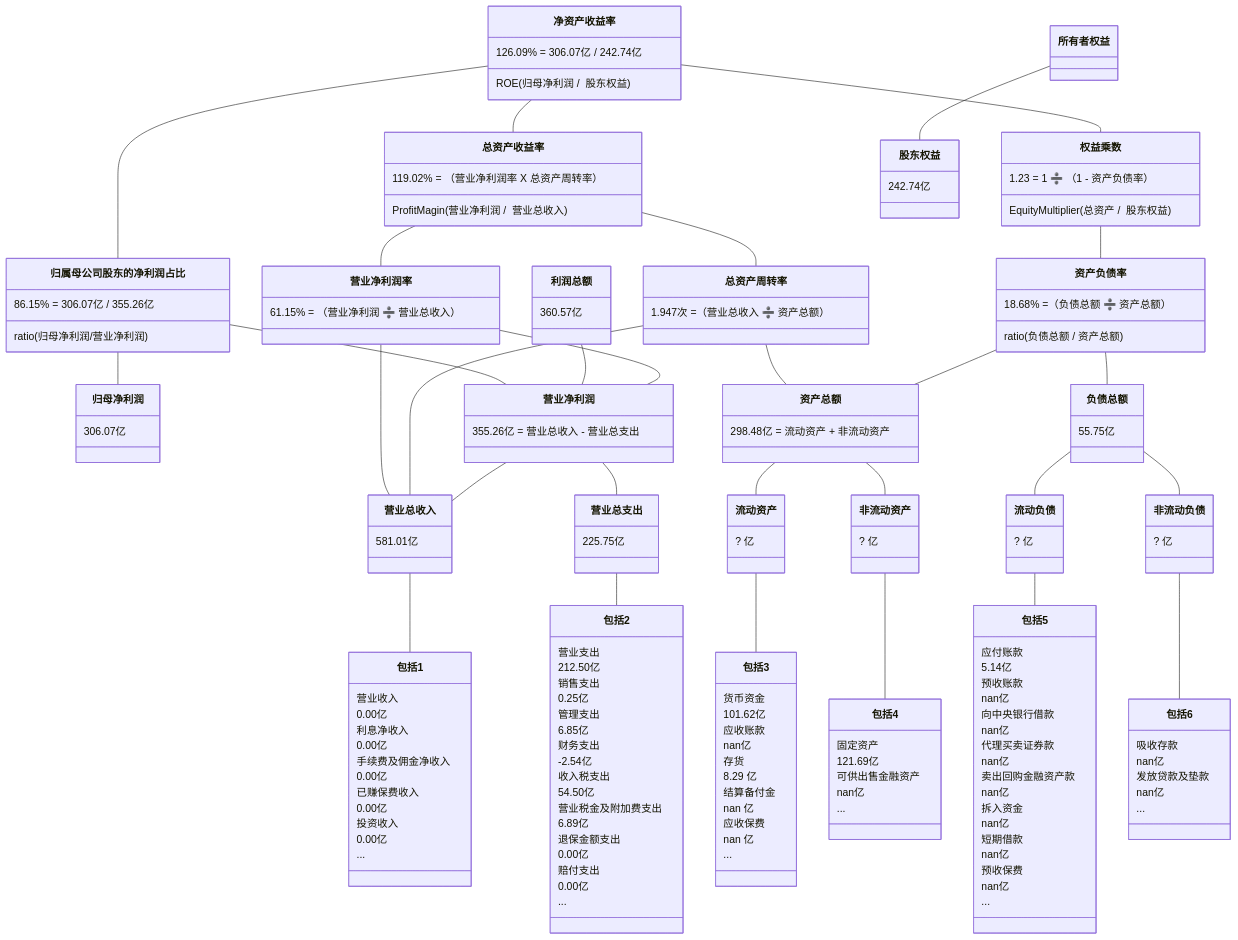
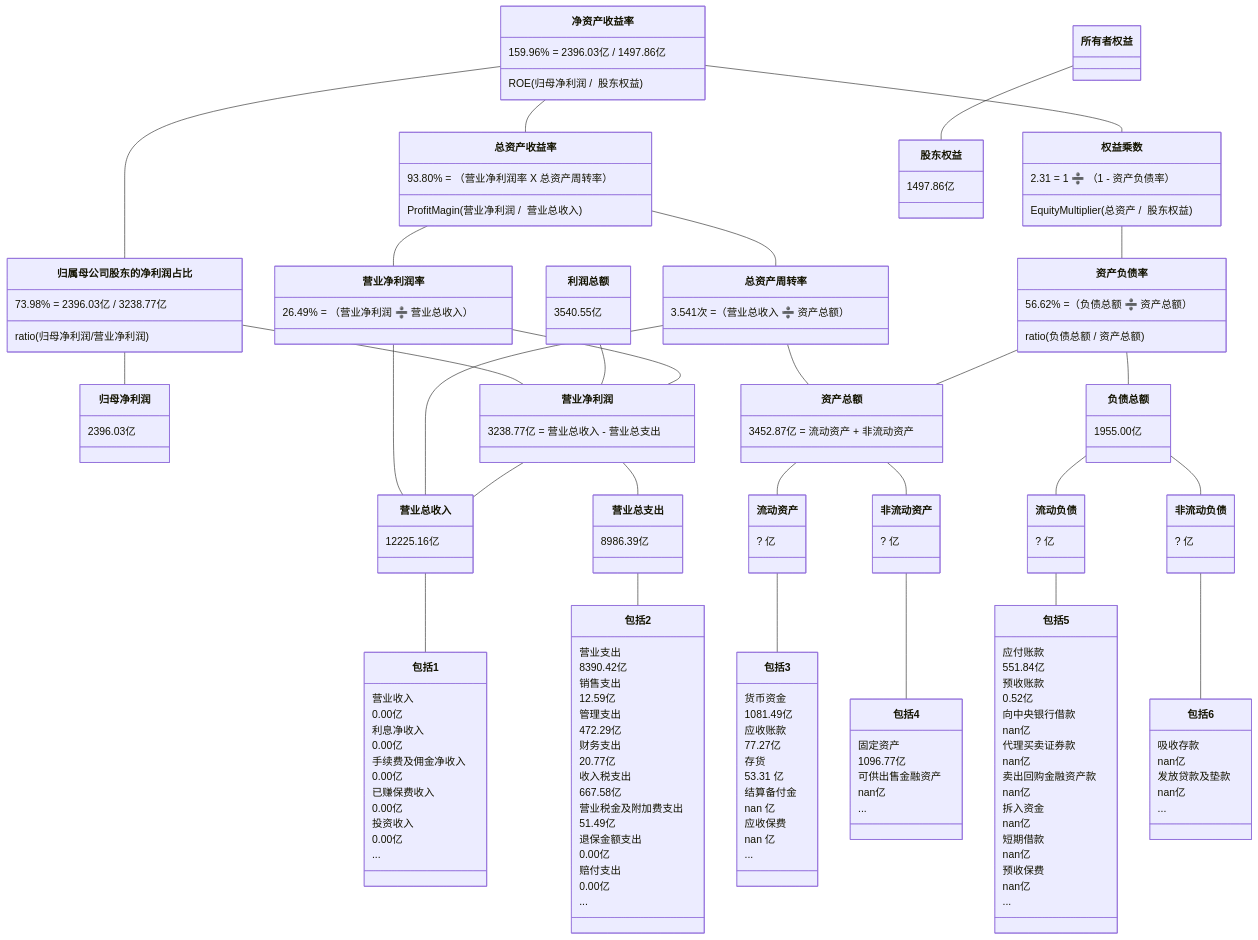
One commit to TheVeryDarkness/cs410 changed the ninth of 10 diagrams in 2/2.md. Above: the diagram before and after it, drawn with Mermaid. The commit also changed other lines of this file and 72 other files, not shown here.

````diff
--- a/2/2.md
+++ b/2/2.md
@@ -1189,45 +1225,45 @@
 ```mermaid
 classDiagram
 净资产收益率 -- 总资产收益率
-    净资产收益率 : 126.09% = 306.07亿 / 242.74亿
+    净资产收益率 : 159.96% = 2396.03亿 / 1497.86亿
     净资产收益率 : ROE(归母净利润 /  股东权益)
-    总资产收益率 : 119.02% = （营业净利润率 X 总资产周转率）
+    总资产收益率 : 93.80% = （营业净利润率 X 总资产周转率）
     总资产收益率 : ProfitMagin(营业净利润 /  营业总收入)
 净资产收益率 -- 归属母公司股东的净利润占比
-	  归属母公司股东的净利润占比 : 86.15% = 306.07亿 / 355.26亿
+	  归属母公司股东的净利润占比 : 73.98% = 2396.03亿 / 3238.77亿
 	  归属母公司股东的净利润占比 : ratio(归母净利润/营业净利润)
 归属母公司股东的净利润占比 -- 归母净利润
-    归母净利润 : 306.07亿
+    归母净利润 : 2396.03亿
 归属母公司股东的净利润占比 -- 营业净利润
-利润总额 : 360.57亿
+利润总额 : 3540.55亿
 利润总额 -- 营业净利润
 净资产收益率 -- 权益乘数
-    权益乘数 : 1.23 = 1 ➗ （1 - 资产负债率）
+    权益乘数 : 2.31 = 1 ➗ （1 - 资产负债率）
     权益乘数 : EquityMultiplier(总资产 /  股东权益)
 
 总资产收益率 -- 营业净利润率
-    营业净利润率 : 61.15% = （营业净利润 ➗ 营业总收入）
+    营业净利润率 : 26.49% = （营业净利润 ➗ 营业总收入）
 总资产收益率 -- 总资产周转率
-    总资产周转率 : 1.947次 =（营业总收入 ➗ 资产总额）
+    总资产周转率 : 3.541次 =（营业总收入 ➗ 资产总额）
 权益乘数 -- 资产负债率
-    资产负债率  : 18.68% =（负债总额 ➗ 资产总额）
+    资产负债率  : 56.62% =（负债总额 ➗ 资产总额）
     资产负债率  : ratio(负债总额 / 资产总额)
 
 营业净利润率 -- 营业净利润
-    营业净利润 : 355.26亿 = 营业总收入 - 营业总支出
+    营业净利润 : 3238.77亿 = 营业总收入 - 营业总支出
 营业净利润率 -- 营业总收入
 总资产周转率 -- 营业总收入
 总资产周转率 -- 资产总额
-    资产总额 : 298.48亿 = 流动资产 + 非流动资产
+    资产总额 : 3452.87亿 = 流动资产 + 非流动资产
 资产负债率 -- 负债总额
-    负债总额 : 55.75亿
+    负债总额 : 1955.00亿
 资产负债率 -- 资产总额
 
 
 营业净利润 -- 营业总收入
-    营业总收入 : 581.01亿
+    营业总收入 : 12225.16亿
 营业净利润 -- 营业总支出
-    营业总支出 : 225.75亿
+    营业总支出 : 8986.39亿
 资产总额 -- 流动资产
 	  流动资产 : ? 亿
 资产总额 -- 非流动资产
@@ -1251,17 +1287,17 @@
     包括1 : ...
 营业总支出 -- 包括2
     包括2 : 营业支出
-    包括2 : 212.50亿
+    包括2 : 8390.42亿
     包括2 : 销售支出
-    包括2 : 0.25亿
+    包括2 : 12.59亿
     包括2 : 管理支出
-    包括2 : 6.85亿
+    包括2 : 472.29亿
     包括2 : 财务支出
-    包括2 : -2.54亿
+    包括2 : 20.77亿
     包括2 : 收入税支出
-    包括2 : 54.50亿
+    包括2 : 667.58亿
     包括2 : 营业税金及附加费支出
-    包括2 : 6.89亿
+    包括2 : 51.49亿
     包括2 : 退保金额支出
     包括2 : 0.00亿
     包括2 : 赔付支出
@@ -1269,11 +1305,11 @@
     包括2 : ...
 流动资产 -- 包括3
     包括3 : 货币资金
-    包括3 : 101.62亿
+    包括3 : 1081.49亿
     包括3 : 应收账款
-    包括3 : nan亿
+    包括3 : 77.27亿
     包括3 : 存货
-    包括3 : 8.29 亿
+    包括3 : 53.31 亿
     包括3 : 结算备付金
     包括3 : nan 亿
     包括3 : 应收保费
@@ -1281,15 +1317,15 @@
     包括3 : ...
 非流动资产 -- 包括4
     包括4 : 固定资产
-    包括4 : 121.69亿
+    包括4 : 1096.77亿
     包括4 : 可供出售金融资产
     包括4 : nan亿
     包括4 : ...
 流动负债 -- 包括5
     包括5 : 应付账款
-    包括5 : 5.14亿
+    包括5 : 551.84亿
     包括5 : 预收账款
-    包括5 : nan亿
+    包括5 : 0.52亿
     包括5 : 向中央银行借款
     包括5 : nan亿
     包括5 : 代理买卖证券款
@@ -1310,5 +1346,5 @@
     包括6 : nan亿
     包括6 : ...
 所有者权益 -- 股东权益
-    股东权益 : 242.74亿
+    股东权益 : 1497.86亿
 ```
````
